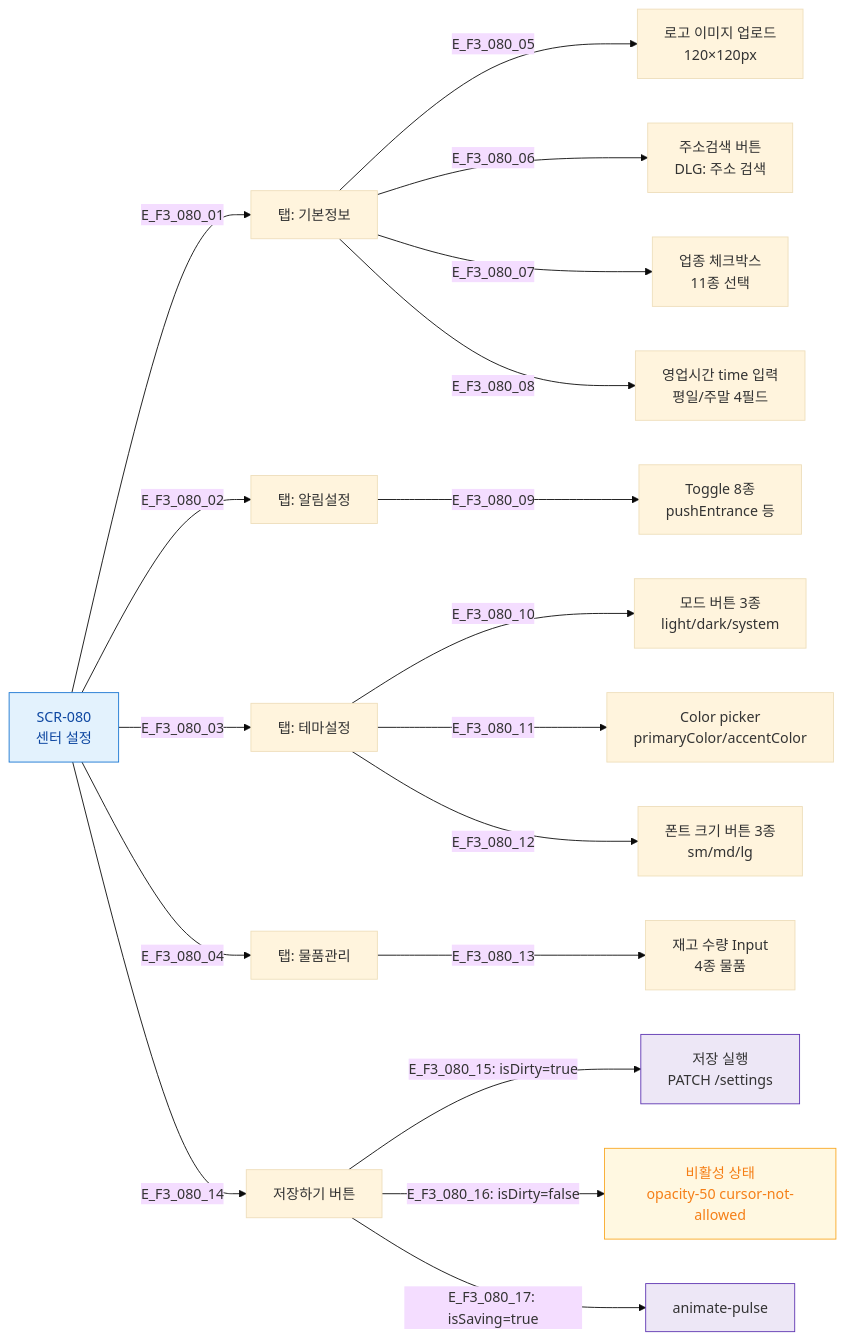
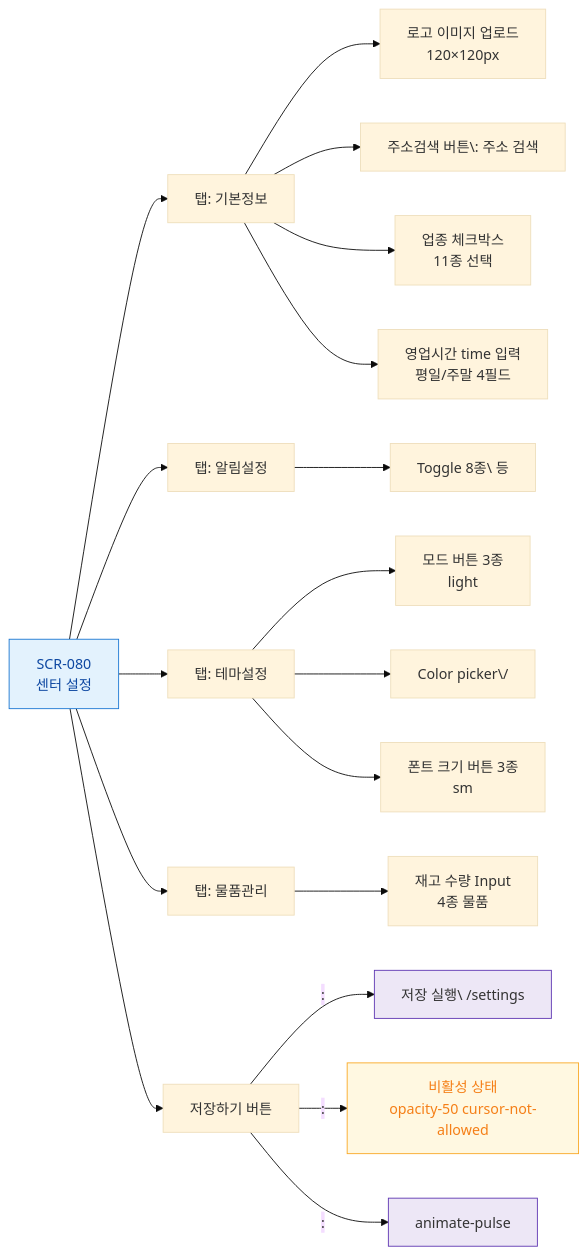
One commit to dev-spogym/admin-pando changed the diagram in docs/다이어그램/D09_설정관리/SCR-080_센터설정/F3_버튼액션.md. Above: the diagram before and after it, drawn with Mermaid (base theme). The commit also changed other lines of this file and 1660 other files, not shown here.

First line of the commit message:
다이어그램: 기획자/클라이언트 납품본으로 정리

````diff
--- a/docs/다이어그램/D09_설정관리/SCR-080_센터설정/F3_버튼액션.md
+++ b/docs/다이어그램/D09_설정관리/SCR-080_센터설정/F3_버튼액션.md
@@ -17,34 +15,34 @@
 ```mermaid
 flowchart LR
     SCR080[SCR-080\n센터 설정]
 
-    SCR080 -->|E_F3_080_01| BTN_TAB_BASIC[탭: 기본정보]
-    SCR080 -->|E_F3_080_02| BTN_TAB_NOTIF[탭: 알림설정]
-    SCR080 -->|E_F3_080_03| BTN_TAB_THEME[탭: 테마설정]
-    SCR080 -->|E_F3_080_04| BTN_TAB_SUPPLY[탭: 물품관리]
+    SCR080 --> BTN_TAB_BASIC[탭: 기본정보]
+    SCR080 --> BTN_TAB_NOTIF[탭: 알림설정]
+    SCR080 --> BTN_TAB_THEME[탭: 테마설정]
+    SCR080 --> BTN_TAB_SUPPLY[탭: 물품관리]
 
-    BTN_TAB_BASIC -->|E_F3_080_05| ACT_LOGO[로고 이미지 업로드\n120×120px]
-    BTN_TAB_BASIC -->|E_F3_080_06| ACT_ADDR[주소검색 버튼\nDLG: 주소 검색]
-    BTN_TAB_BASIC -->|E_F3_080_07| ACT_SECTOR[업종 체크박스\n11종 선택]
-    BTN_TAB_BASIC -->|E_F3_080_08| ACT_BTIME[영업시간 time 입력\n평일/주말 4필드]
+    BTN_TAB_BASIC --> ACT_LOGO[로고 이미지 업로드\n120×120px]
+    BTN_TAB_BASIC --> ACT_ADDR[주소검색 버튼\: 주소 검색]
+    BTN_TAB_BASIC --> ACT_SECTOR[업종 체크박스\n11종 선택]
+    BTN_TAB_BASIC --> ACT_BTIME[영업시간 time 입력\n평일/주말 4필드]
 
-    BTN_TAB_NOTIF -->|E_F3_080_09| ACT_TOGGLE[Toggle 8종\npushEntrance 등]
+    BTN_TAB_NOTIF --> ACT_TOGGLE[Toggle 8종\ 등]
 
-    BTN_TAB_THEME -->|E_F3_080_10| ACT_MODE[모드 버튼 3종\nlight/dark/system]
-    BTN_TAB_THEME -->|E_F3_080_11| ACT_COLOR[Color picker\nprimaryColor/accentColor]
-    BTN_TAB_THEME -->|E_F3_080_12| ACT_FONT[폰트 크기 버튼 3종\nsm/md/lg]
+    BTN_TAB_THEME --> ACT_MODE[모드 버튼 3종\nlight]
+    BTN_TAB_THEME --> ACT_COLOR[Color picker\/]
+    BTN_TAB_THEME --> ACT_FONT[폰트 크기 버튼 3종\nsm]
 
-    BTN_TAB_SUPPLY -->|E_F3_080_13| ACT_STOCK[재고 수량 Input\n4종 물품]
+    BTN_TAB_SUPPLY --> ACT_STOCK[재고 수량 Input\n4종 물품]
 
-    SCR080 -->|E_F3_080_14| BTN_SAVE[저장하기 버튼]
-    BTN_SAVE -->|"E_F3_080_15: isDirty=true"| ACT_SAVE[저장 실행\nPATCH /settings]
-    BTN_SAVE -->|"E_F3_080_16: isDirty=false"| ACT_DISABLED[비활성 상태\nopacity-50 cursor-not-allowed]
-    BTN_SAVE -->|"E_F3_080_17: isSaving=true"| ACT_SAVING[animate-pulse]
+    SCR080 --> BTN_SAVE[저장하기 버튼]
+    BTN_SAVE -->|": "|ACT_SAVE[저장 실행\ /settings]
+    BTN_SAVE -->|": "|ACT_DISABLED[비활성 상태\nopacity-50 cursor-not-allowed]
+    BTN_SAVE -->|": "|ACT_SAVING[animate-pulse]
 
     classDef screen fill:#E3F2FD,stroke:#1976D2,color:#0D47A1
     classDef system fill:#EDE7F6,stroke:#5E35B2
     classDef warning fill:#FFF8E1,stroke:#F9A825,color:#F57F17
     class SCR080 screen
     class ACT_SAVE,ACT_SAVING system
     class ACT_DISABLED warning
 ```
````
